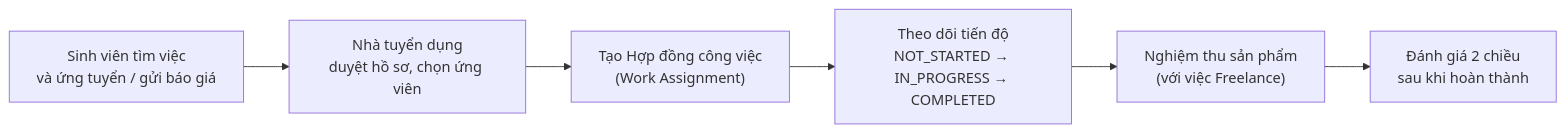
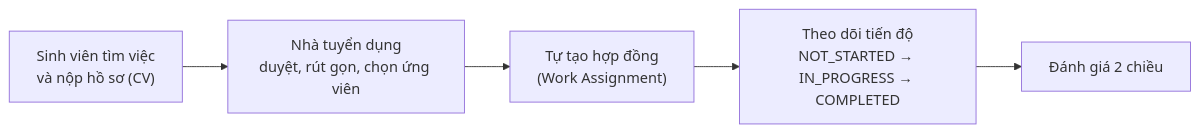
The diagram in README.md (chinguyen-mr/student-parttime-marketplace), drawn with Mermaid before and after one commit. The commit also changed other lines of this file and 118 other files, not shown here.

````diff
--- a/README.md
+++ b/README.md
@@ -45,8 +38,7 @@
 ```mermaid
 flowchart LR
-    A["Sinh viên tìm việc\nvà ứng tuyển / gửi báo giá"] --> B["Nhà tuyển dụng\nduyệt hồ sơ, chọn ứng viên"]
-    B --> C["Tạo Hợp đồng công việc\n(Work Assignment)"]
+    A["Sinh viên tìm việc\nvà nộp hồ sơ (CV)"] --> B["Nhà tuyển dụng\nduyệt, rút gọn, chọn ứng viên"]
+    B --> C["Tự tạo hợp đồng\n(Work Assignment)"]
     C --> D["Theo dõi tiến độ\nNOT_STARTED → IN_PROGRESS → COMPLETED"]
-    D --> E["Nghiệm thu sản phẩm\n(với việc Freelance)"]
-    E --> F["Đánh giá 2 chiều\nsau khi hoàn thành"]
+    D --> E["Đánh giá 2 chiều"]
 ```
````
